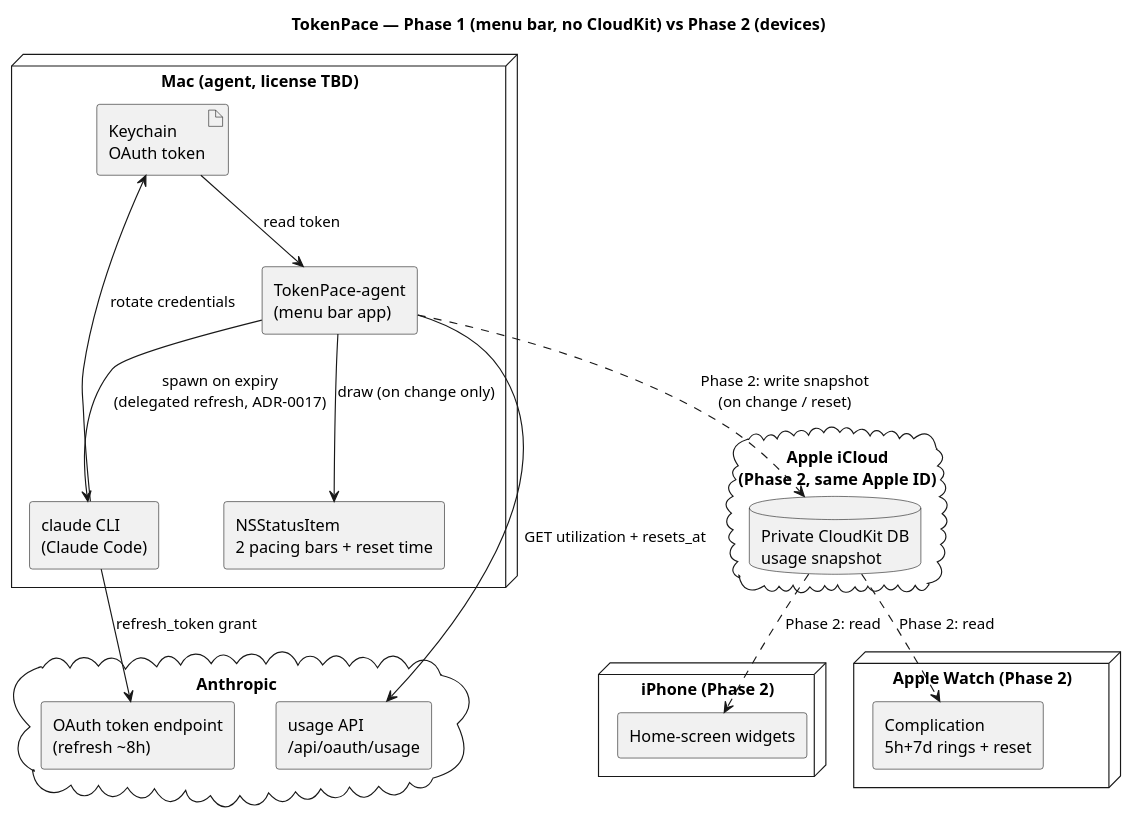
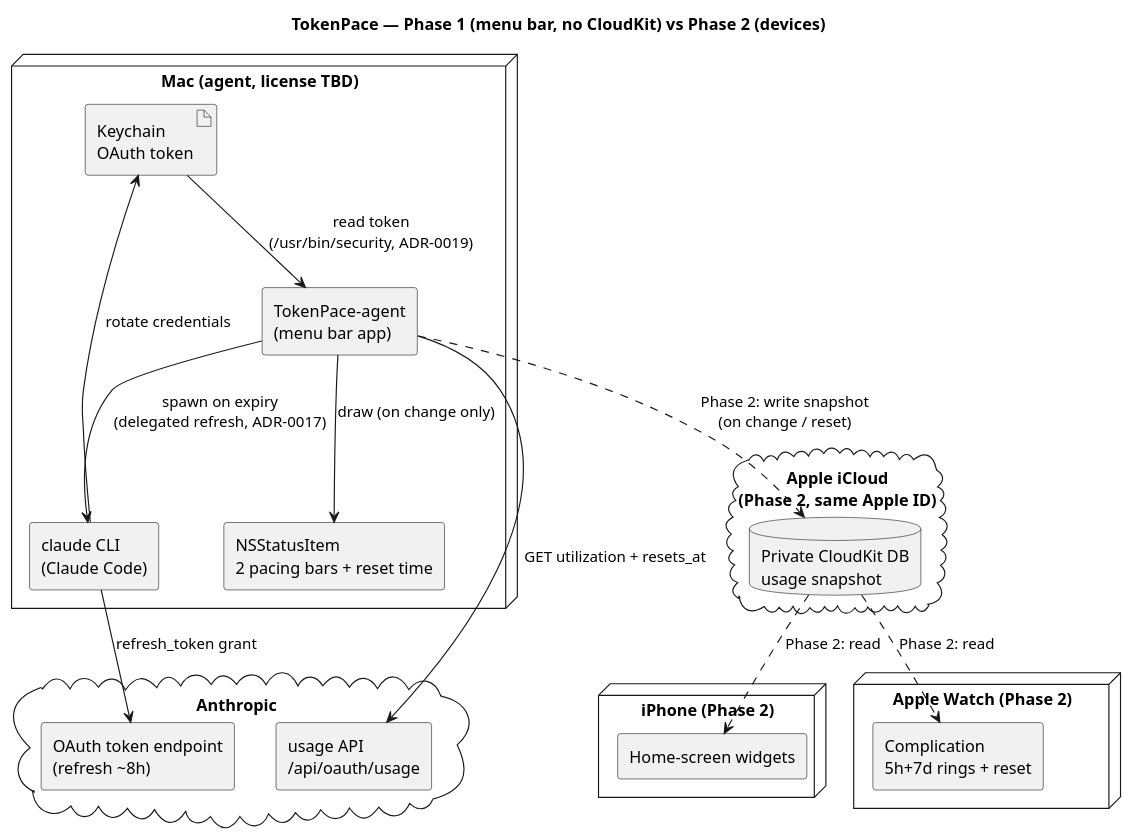
One commit to artem-from-ua/tokenpace changed the diagram in docs/architecture.md. Above: the diagram before and after it, drawn with PlantUML. The commit also changed other lines of this file and 8 other files, not shown here.

````diff
--- a/docs/architecture.md
+++ b/docs/architecture.md
@@ -50,41 +50,41 @@
 ```plantuml
 @startuml
 title TokenPace — Phase 1 (menu bar, no CloudKit) vs Phase 2 (devices)
 skinparam componentStyle rectangle
 
 node "Mac (agent, license TBD)" as mac {
   artifact "Keychain\nOAuth token" as kc
   component "TokenPace-agent\n(menu bar app)" as agent
   component "claude CLI\n(Claude Code)" as cli
   component "NSStatusItem\n2 pacing bars + reset time" as menubar
 }
 
 cloud "Anthropic" {
   component "OAuth token endpoint\n(refresh ~8h)" as oauth
   component "usage API\n/api/oauth/usage" as usage
 }
 
 cloud "Apple iCloud\n(Phase 2, same Apple ID)" as icloud {
   database "Private CloudKit DB\nusage snapshot" as ck
 }
 
 node "iPhone (Phase 2)" as iphone {
   component "Home-screen widgets" as iwidget
 }
 node "Apple Watch (Phase 2)" as watch {
   component "Complication\n5h+7d rings + reset" as compl
 }
 
-kc --> agent : read token
+kc --> agent : read token\n(/usr/bin/security, ADR-0019)
 agent --> cli : spawn on expiry\n(delegated refresh, ADR-0017)
 cli --> oauth : refresh_token grant
 cli --> kc : rotate credentials
 agent --> usage : GET utilization + resets_at
 agent --> menubar : draw (on change only)
 
 agent ..> ck : Phase 2: write snapshot\n(on change / reset)
 ck ..> iwidget : Phase 2: read
 ck ..> compl : Phase 2: read
 
 @enduml
 ```
````
